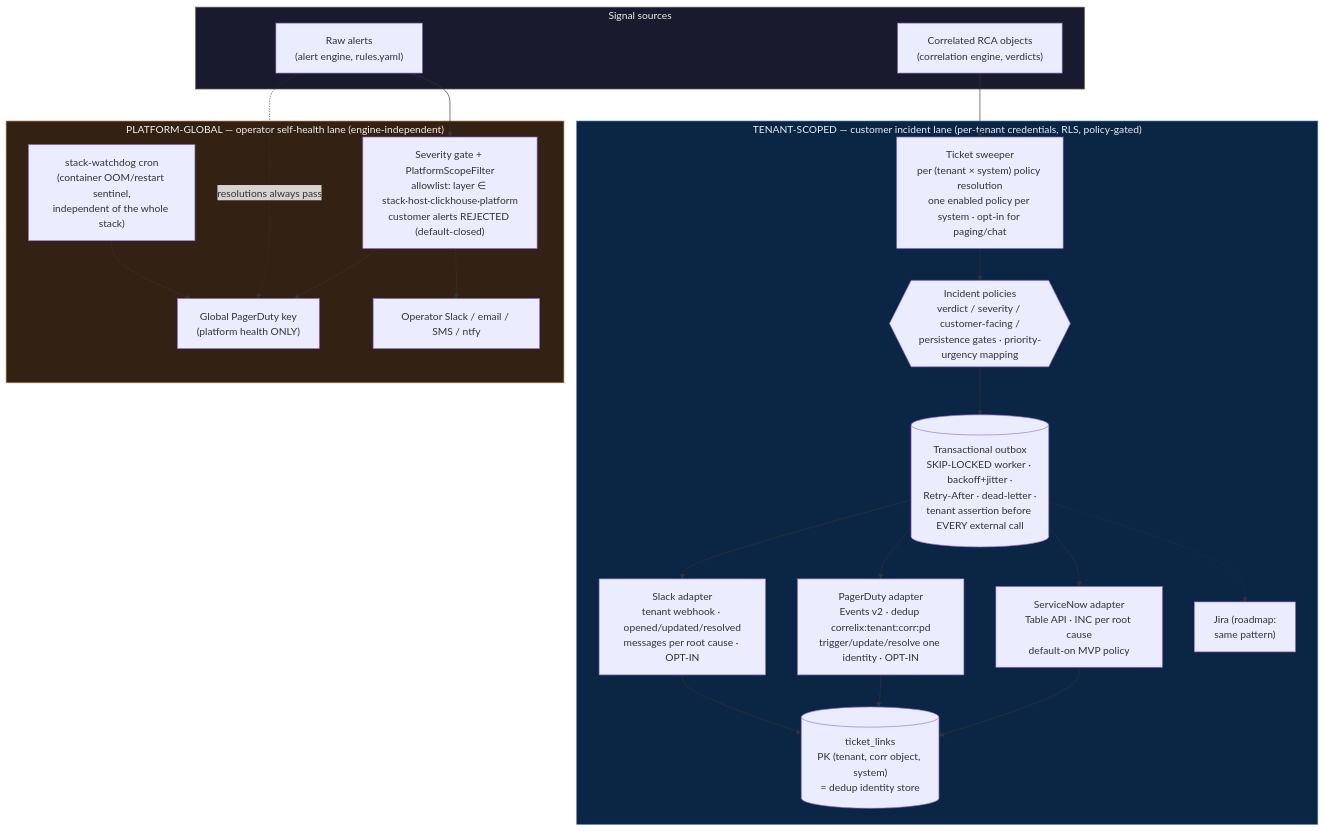
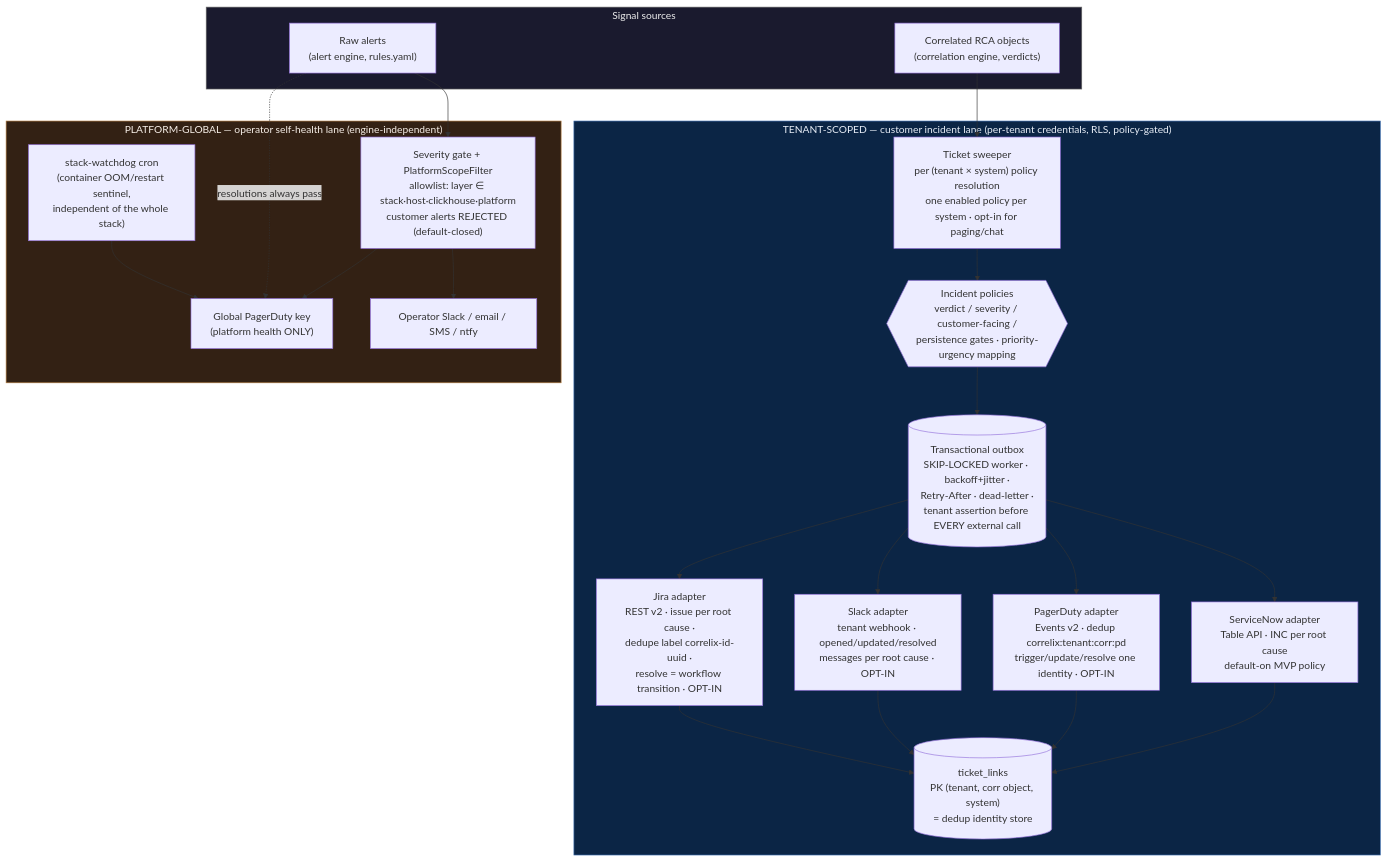
Before and after one commit to RaoRakurty/NetOps_Observability: the diagram in NetOps_Observability/docs/integrations/architecture.md, drawn with Mermaid. The commit also changed other lines of this file and 14 other files, not shown here.

````diff
--- a/NetOps_Observability/docs/integrations/architecture.md
+++ b/NetOps_Observability/docs/integrations/architecture.md
@@ -7,38 +7,37 @@
 ```mermaid
 flowchart TB
     subgraph SRC["Signal sources"]
         RAW["Raw alerts<br/>(alert engine, rules.yaml)"]
         CORR["Correlated RCA objects<br/>(correlation engine, verdicts)"]
     end
 
     subgraph TENANT["TENANT-SCOPED — customer incident lane (per-tenant credentials, RLS, policy-gated)"]
         SWEEP["Ticket sweeper<br/>per (tenant × system) policy resolution<br/>one enabled policy per system · opt-in for paging/chat"]
         POL{{"Incident policies<br/>verdict / severity / customer-facing /<br/>persistence gates · priority-urgency mapping"}}
         OUTBOX[("Transactional outbox<br/>SKIP-LOCKED worker · backoff+jitter ·<br/>Retry-After · dead-letter ·<br/>tenant assertion before EVERY external call")]
         LINKS[("ticket_links<br/>PK (tenant, corr object, system)<br/>= dedup identity store")]
         SN["ServiceNow adapter<br/>Table API · INC per root cause<br/>default-on MVP policy"]
         PD["PagerDuty adapter<br/>Events v2 · dedup correlix:tenant:corr:pd<br/>trigger/update/resolve one identity · OPT-IN"]
         SLK["Slack adapter<br/>tenant webhook · opened/updated/resolved<br/>messages per root cause · OPT-IN"]
-        JIRA["Jira (roadmap:<br/>same pattern)"]
+        JIRA["Jira adapter<br/>REST v2 · issue per root cause ·<br/>dedupe label correlix-id-uuid ·<br/>resolve = workflow transition · OPT-IN"]
     end
 
     subgraph PLAT["PLATFORM-GLOBAL — operator self-health lane (engine-independent)"]
         GATE["Severity gate + PlatformScopeFilter<br/>allowlist: layer ∈ stack·host·clickhouse·platform<br/>customer alerts REJECTED (default-closed)"]
         GPD["Global PagerDuty key<br/>(platform health ONLY)"]
         GSLK["Operator Slack / email / SMS / ntfy"]
         WD["stack-watchdog cron<br/>(container OOM/restart sentinel,<br/>independent of the whole stack)"]
     end
 
     CORR --> SWEEP --> POL --> OUTBOX
-    OUTBOX --> SN & PD & SLK
-    OUTBOX -.-> JIRA
-    SN & PD & SLK --> LINKS
+    OUTBOX --> SN & PD & SLK & JIRA
+    SN & PD & SLK & JIRA --> LINKS
     RAW --> GATE
     GATE --> GPD & GSLK
     RAW -. "resolutions always pass" .-> GPD
     WD --> GPD
 
     style TENANT fill:#0b2545,stroke:#3e6fb0,color:#e8eef7
     style PLAT fill:#332114,stroke:#b07a3e,color:#f7efe8
     style SRC fill:#1a1a2e,stroke:#666,color:#eee
 ```
````
